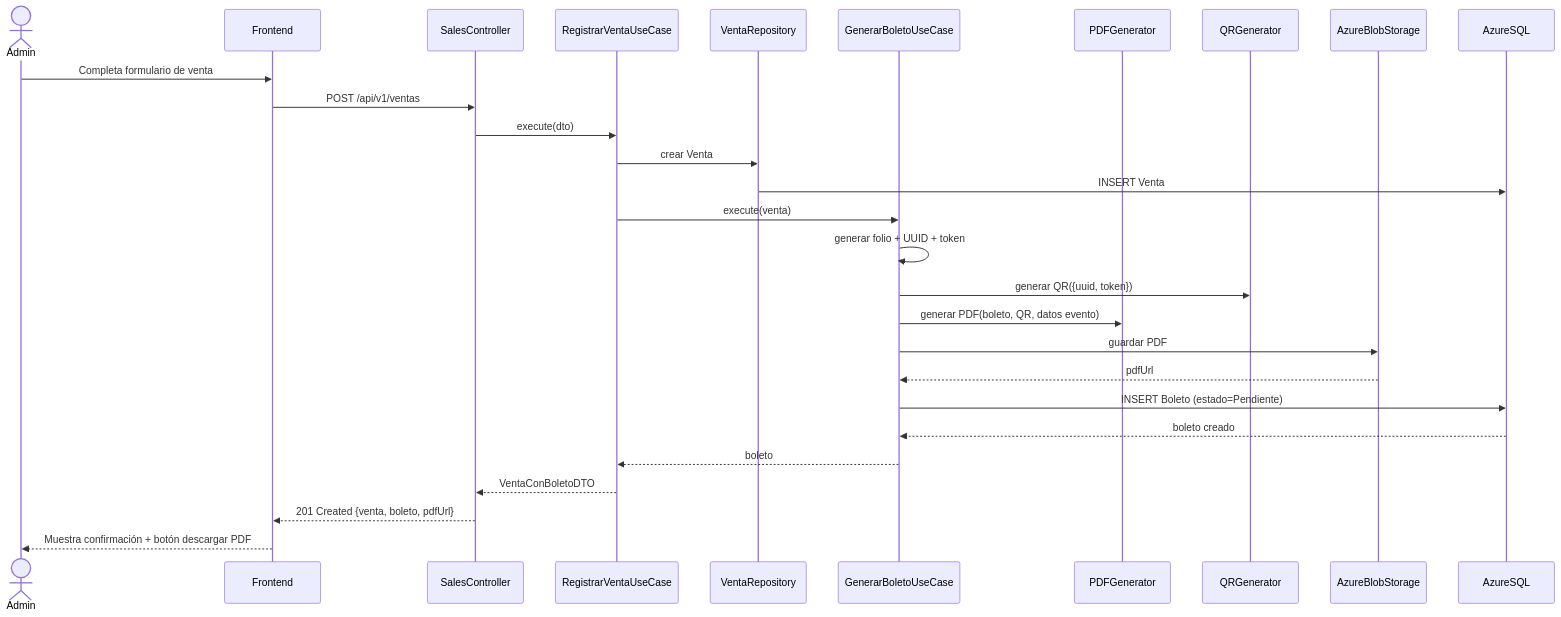
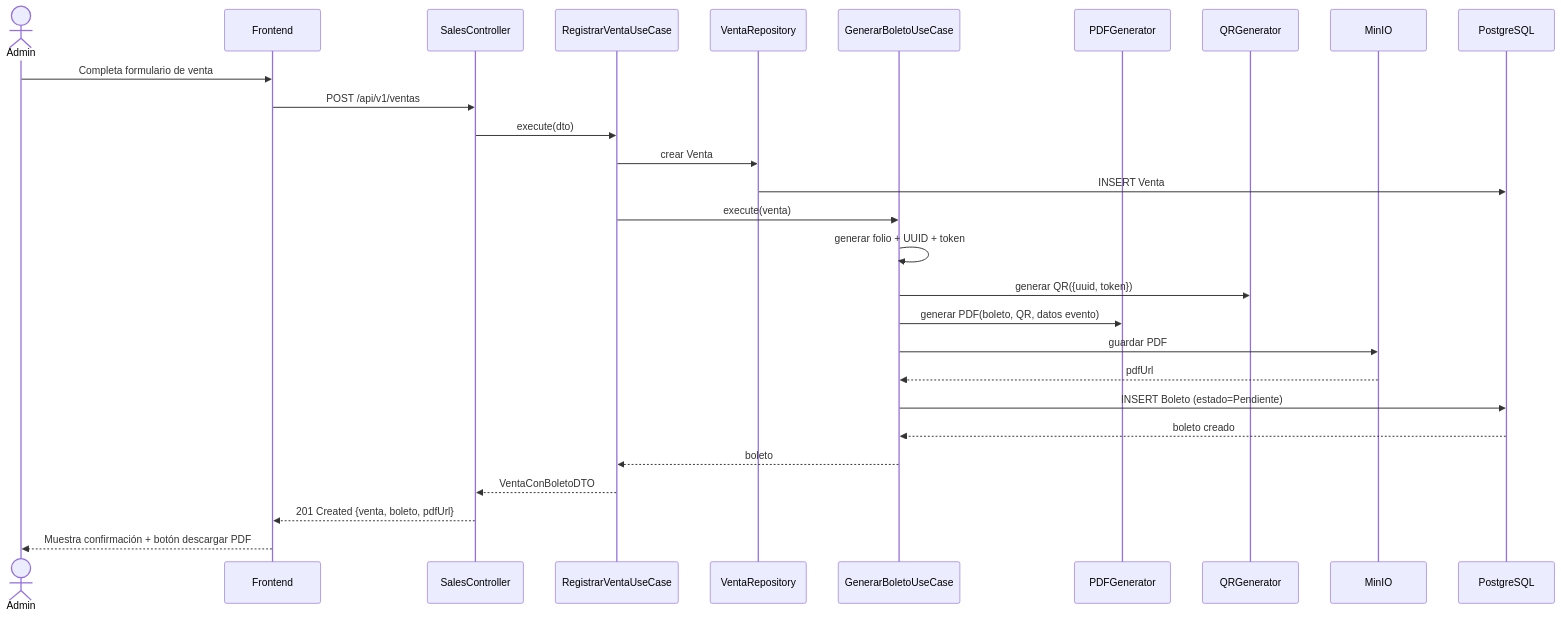
Before and after one commit to salvadorsin123/rave-tickets: the third of 5 diagrams in docs/04-diagramas-uml.md, drawn with Mermaid. The commit also changed other lines of this file and 40 other files, not shown here.

````diff
--- a/docs/04-diagramas-uml.md
+++ b/docs/04-diagramas-uml.md
@@ -111,31 +111,31 @@
 ```mermaid
 sequenceDiagram
     actor Admin
     participant FE as Frontend
     participant API as SalesController
     participant UC as RegistrarVentaUseCase
     participant Repo as VentaRepository
     participant TicketUC as GenerarBoletoUseCase
     participant PDF as PDFGenerator
     participant QR as QRGenerator
-    participant Blob as AzureBlobStorage
-    participant DB as AzureSQL
+    participant Blob as MinIO
+    participant DB as PostgreSQL
 
     Admin->>FE: Completa formulario de venta
     FE->>API: POST /api/v1/ventas
     API->>UC: execute(dto)
     UC->>Repo: crear Venta
     Repo->>DB: INSERT Venta
     UC->>TicketUC: execute(venta)
     TicketUC->>TicketUC: generar folio + UUID + token
     TicketUC->>QR: generar QR({uuid, token})
     TicketUC->>PDF: generar PDF(boleto, QR, datos evento)
     TicketUC->>Blob: guardar PDF
     Blob-->>TicketUC: pdfUrl
     TicketUC->>DB: INSERT Boleto (estado=Pendiente)
     DB-->>TicketUC: boleto creado
     TicketUC-->>UC: boleto
     UC-->>API: VentaConBoletoDTO
     API-->>FE: 201 Created {venta, boleto, pdfUrl}
     FE-->>Admin: Muestra confirmación + botón descargar PDF
 ```
````
